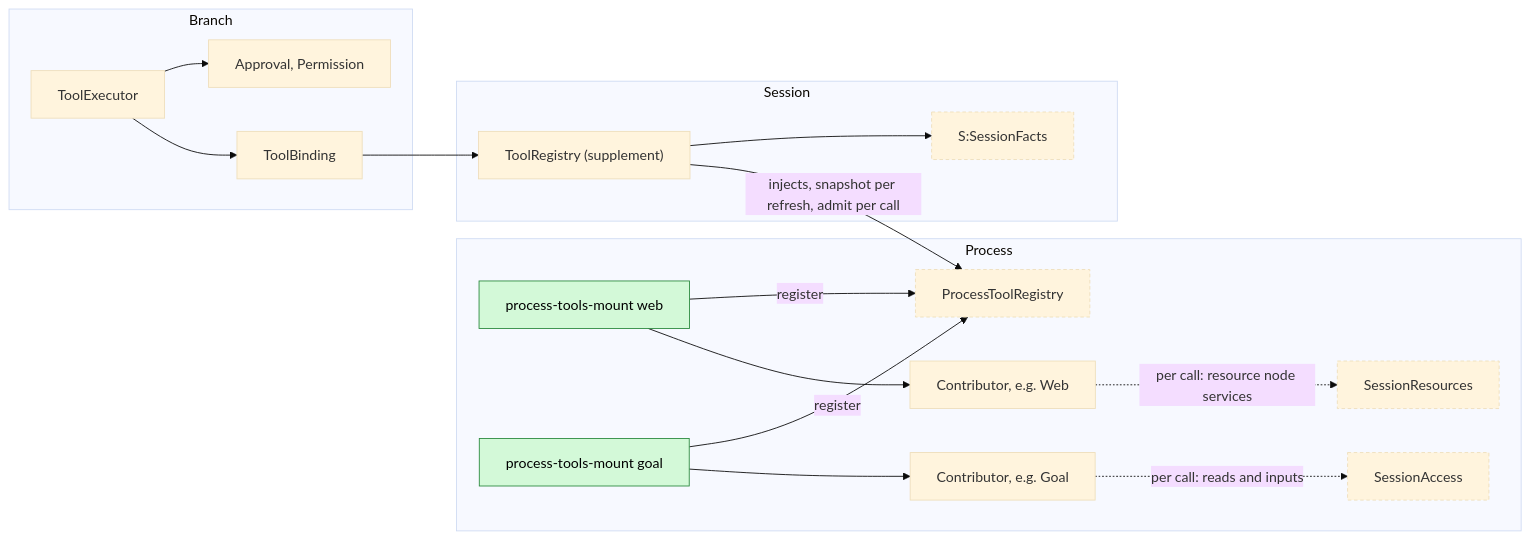
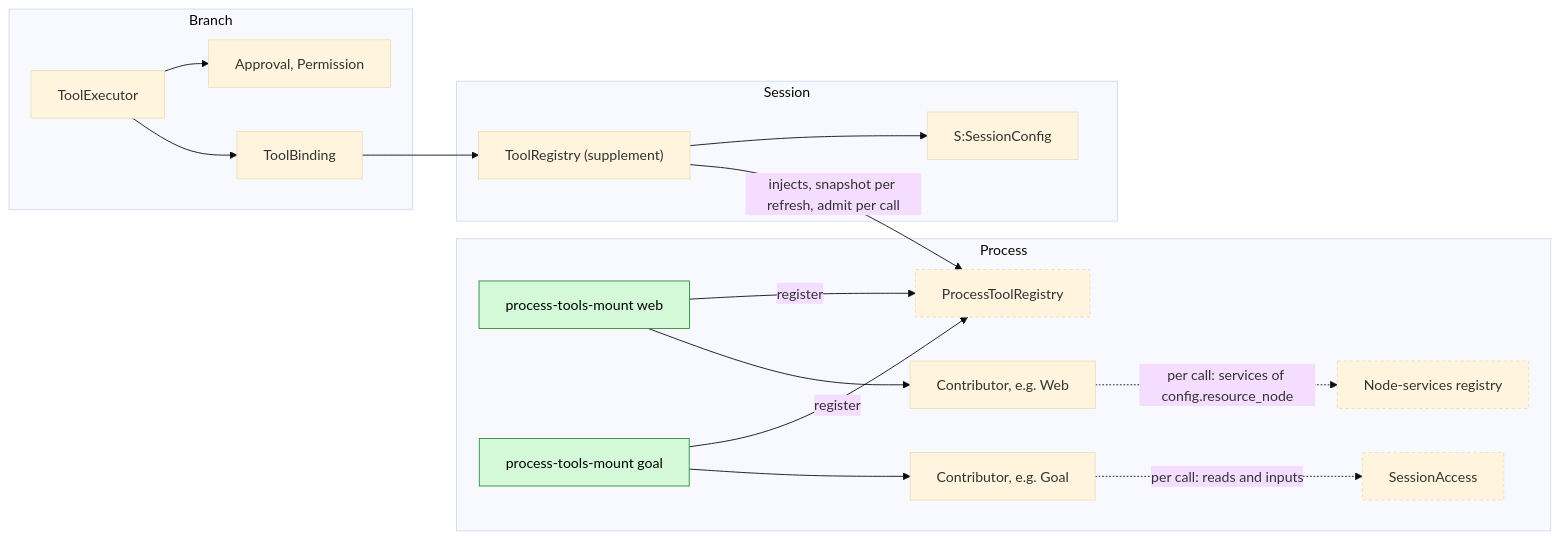
One commit to CoutinhoTTS/dim-agent changed the first of 5 diagrams in docs/design/contracts/process-tool-contribution.md. Above: the diagram before and after it, drawn with Mermaid (base theme). The commit also changed other lines of this file and 4 other files, not shown here.

````diff
--- a/docs/design/contracts/process-tool-contribution.md
+++ b/docs/design/contracts/process-tool-contribution.md
@@ -11,34 +11,34 @@
 ```mermaid
 flowchart LR
   subgraph PROC["Process"]
     C1["Contributor, e.g. Web"]
     C2["Contributor, e.g. Goal"]
     M1["process-tools-mount web"]:::new
     M2["process-tools-mount goal"]:::new
     PTR["ProcessToolRegistry"]:::contract
-    SR["SessionResources"]:::contract
+    NS["Node-services registry"]:::contract
     SA["SessionAccess"]:::contract
   end
   subgraph SESS["Session"]
     TR["ToolRegistry (supplement)"]
-    SF["S:SessionFacts"]:::contract
+    SF["S:SessionConfig"]
   end
   subgraph BR["Branch"]
     TB["ToolBinding"]
     TE["ToolExecutor"]
     AP["Approval, Permission"]
   end
   M1 --> C1
   M2 --> C2
   M1 -->|"register"| PTR
   M2 -->|"register"| PTR
   TR -->|"injects, snapshot per refresh, admit per call"| PTR
   TR --> SF
   TB --> TR
   TE --> TB
   TE --> AP
-  C1 -.->|"per call: resource node services"| SR
+  C1 -.->|"per call: services of config.resource_node"| NS
   C2 -.->|"per call: reads and inputs"| SA
   classDef new fill:#d3f9d8,stroke:#2b8a3e,color:#000
   classDef contract stroke-dasharray:4 3
 ```
````
